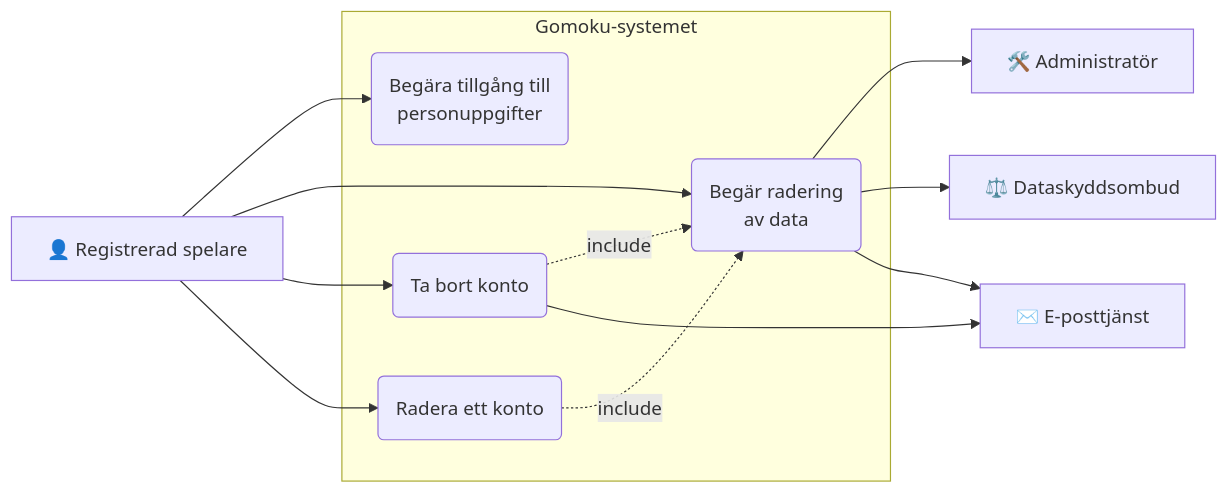
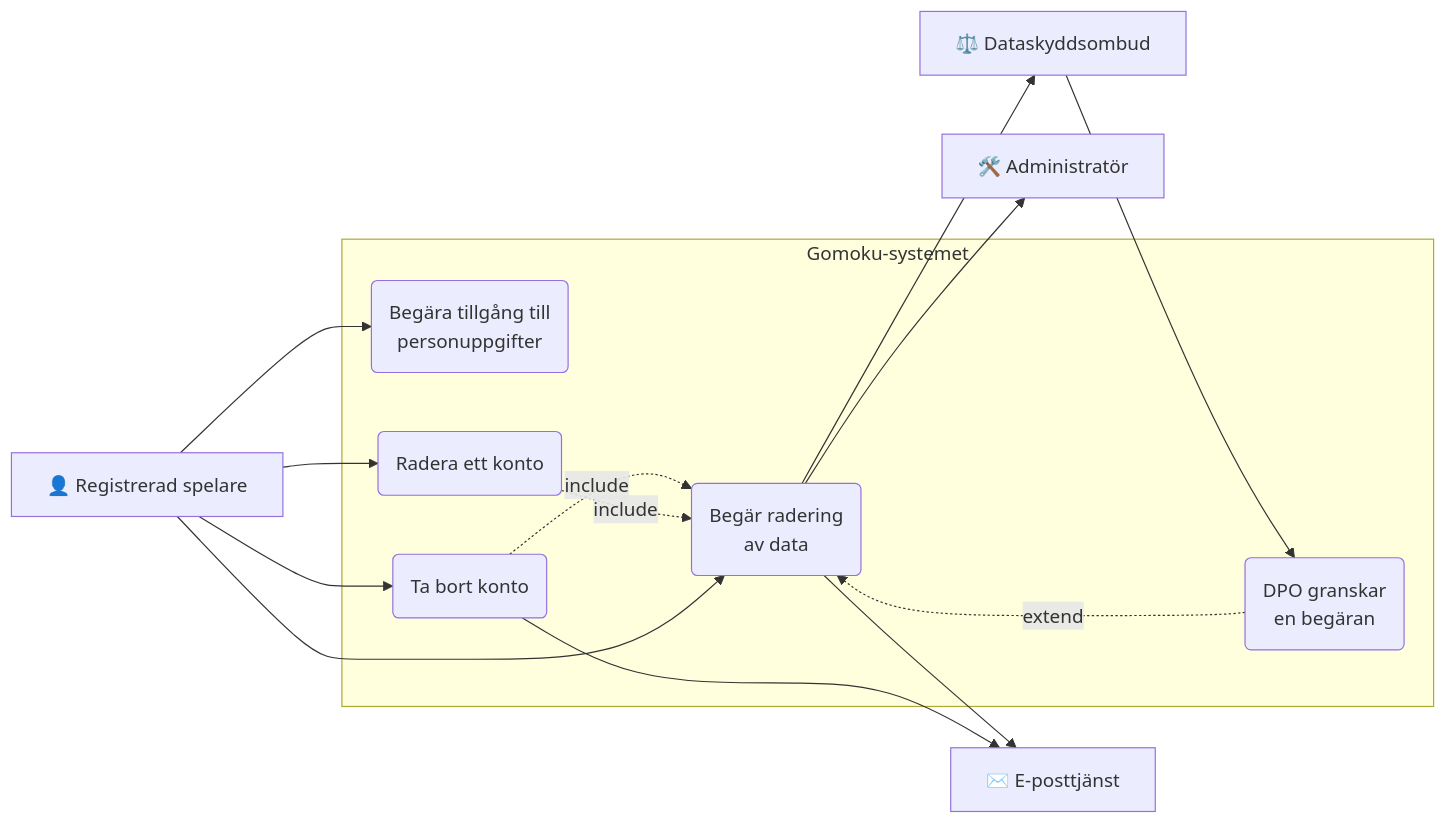
One commit to SebTns/Gomoku changed the ninth of 10 diagrams in docs/requirements/07-use-cases-overview.md. Above: the diagram before and after it, drawn with Mermaid. The commit also changed other lines of this file and 47 other files, not shown here.

````diff
--- a/docs/requirements/07-use-cases-overview.md
+++ b/docs/requirements/07-use-cases-overview.md
@@ -314,26 +313,30 @@
 ```mermaid
 flowchart LR
     RS["👤 Registrerad spelare"]
     AD["🛠️ Administratör"]
     DPO["⚖️ Dataskyddsombud"]
     EP["✉️ E-posttjänst"]
 
     subgraph sys["Gomoku-systemet"]
         NFR02("Begära tillgång till<br/>personuppgifter")
         NFR04("Begär radering<br/>av data")
         NFR05("Ta bort konto")
         UC23("Radera ett konto")
 
+        NFR08("DPO granskar<br/>en begäran")
+
         NFR05 -.->|include| NFR04
         UC23 -.->|include| NFR04
+        NFR08 -.->|extend| NFR04
     end
 
     RS --> NFR02
     RS --> NFR04
     RS --> NFR05
     RS --> UC23
     NFR04 --> AD
     NFR04 --> DPO
+    DPO --> NFR08
     NFR04 --> EP
     NFR05 --> EP
 ```
````
